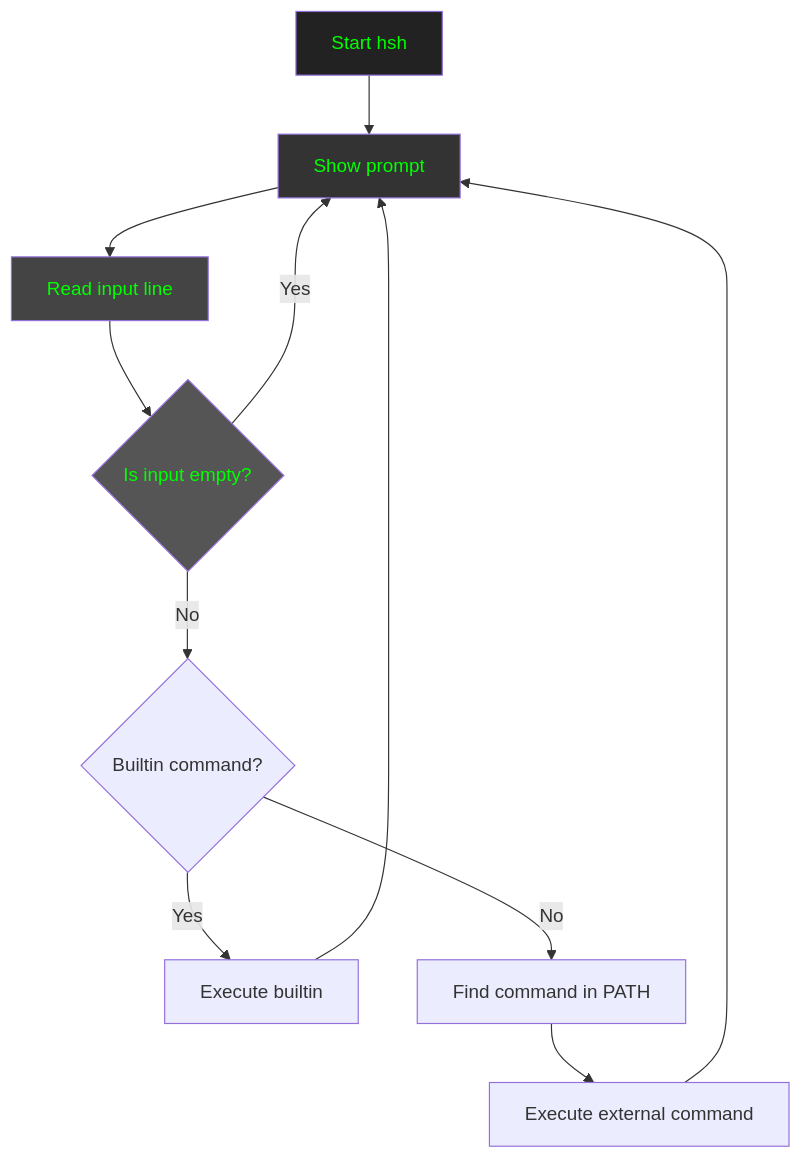
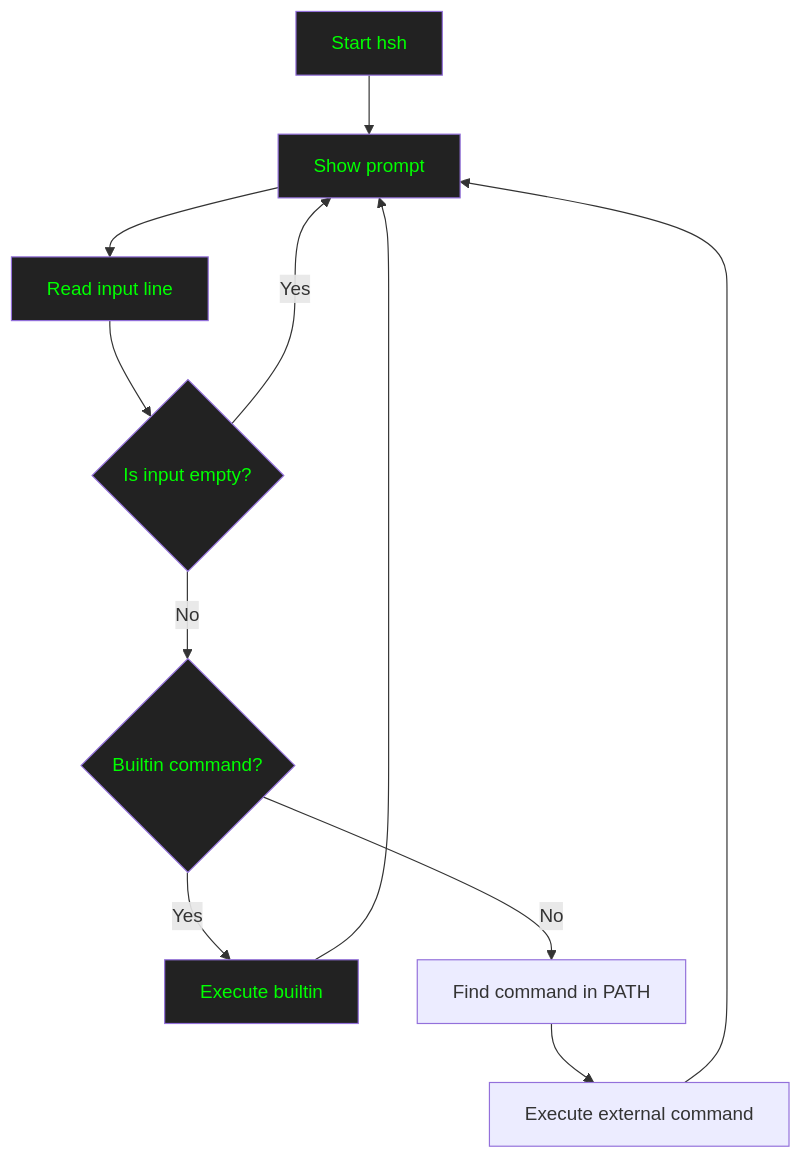
One commit to SelenaGomez18/holbertonschool-simple_shell changed the diagram in README.md. Above: the diagram before and after it, drawn with Mermaid.

Commit message:
Add cahnges to README

````diff
--- a/README.md
+++ b/README.md
@@ -123,20 +123,22 @@
 ```mermaid
 
 flowchart TD
 
     A[Start hsh] --> B[Show prompt]
     B --> C[Read input line]
     C --> D{Is input empty?}
     D -- Yes --> B
     D -- No --> E{Builtin command?}
     E -- Yes --> F[Execute builtin]
     E -- No --> G[Find command in PATH]
     G --> H[Execute external command]
     F --> B
     H --> B
 
-       style A fill:#222,color:#00ff00
-    style B fill:#333,color:#00ff00
-    style C fill:#444,color:#00ff00
-    style D fill:#555,color:#00ff00
+    style A fill:#222,color:#00ff00
+    style B fill:#222,color:#00ff00
+    style C fill:#222,color:#00ff00
+    style D fill:#222,color:#00ff00
+    style E fill:#222,color:#00ff00
+    style F fill:#222,color:#00ff00
 ```
````
